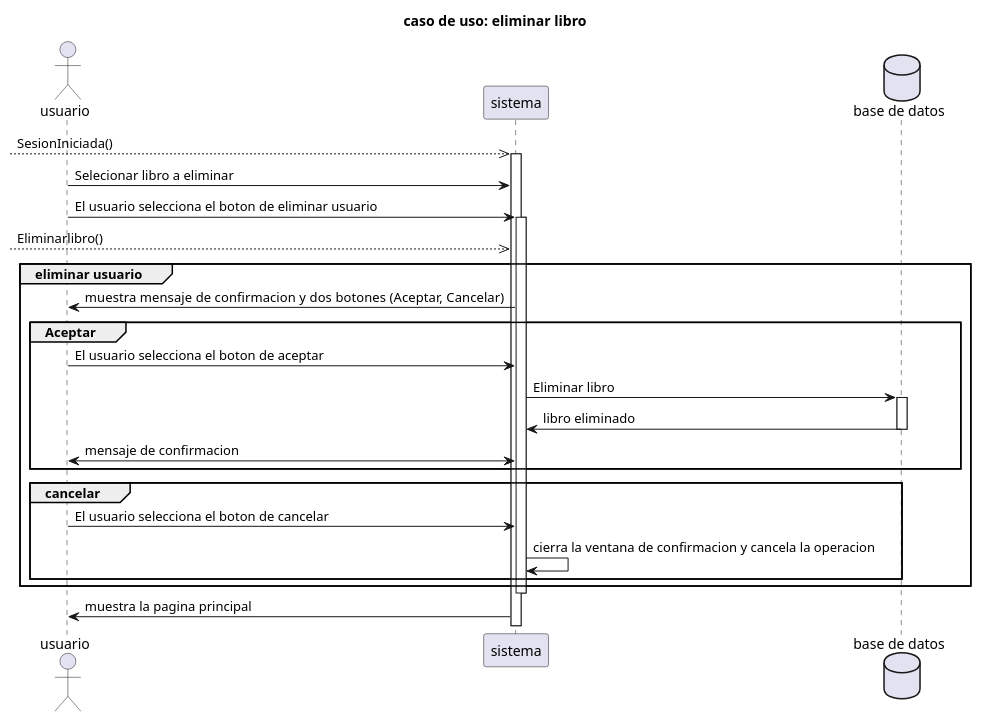
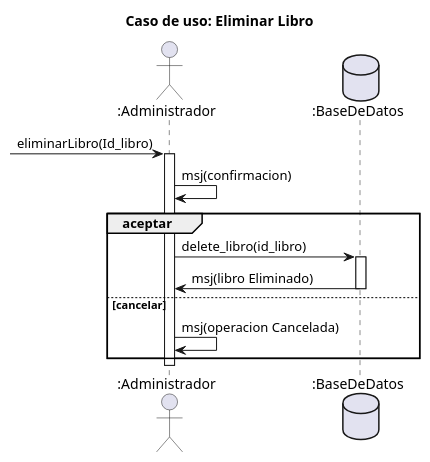
Before and after one commit to RubenE107/diagramas-de-dise-o-uml: the diagram in interacion 2/EliminarLibro.puml, drawn with PlantUML. The commit also changed other lines of this file and 3 other files, not shown here.

Commit message:
correcion y eliminar libro

```diff
--- a/interacion 2/EliminarLibro.puml
+++ b/interacion 2/EliminarLibro.puml
@@ -1,34 +33,25 @@
 @startuml
-title caso de uso: eliminar libro
+title Caso de uso: Eliminar Libro
 
-actor "usuario" as U
-participant "sistema" as S
-database "base de datos" as BD
--->>S: SesionIniciada()
-activate S
-U->S:Selecionar libro a eliminar
-U->S:El usuario selecciona el boton de eliminar usuario
+actor ":Administrador" as a
+database ":BaseDeDatos" as bd
 
-activate S
--->>S: Eliminarlibro()
-group eliminar usuario
-S->U:muestra mensaje de confirmacion  y dos botones (Aceptar, Cancelar)
-group Aceptar
-    U->S:El usuario selecciona el boton de aceptar
-    
-    S->BD: Eliminar libro
-    activate BD
-    BD->S:libro eliminado
-    deactivate BD
-    S<->U:mensaje de confirmacion
- end
-group cancelar
-    U->S:El usuario selecciona el boton de cancelar
-    S->S:cierra la ventana de confirmacion y cancela la operacion
-end
+-> a:eliminarLibro(Id_libro)
+activate a
+a->a:msj(confirmacion)
+group aceptar
+    a->bd:delete_libro(id_libro)
+    activate bd
+    bd->a:msj(libro Eliminado)
+    deactivate bd
+else cancelar
+    a->a:msj(operacion Cancelada)
 end
 
-deactivate S
-S->U:muestra la pagina principal
+activate bd
+
+deactivate bd
+
+deactivate a
 
 @enduml
```
